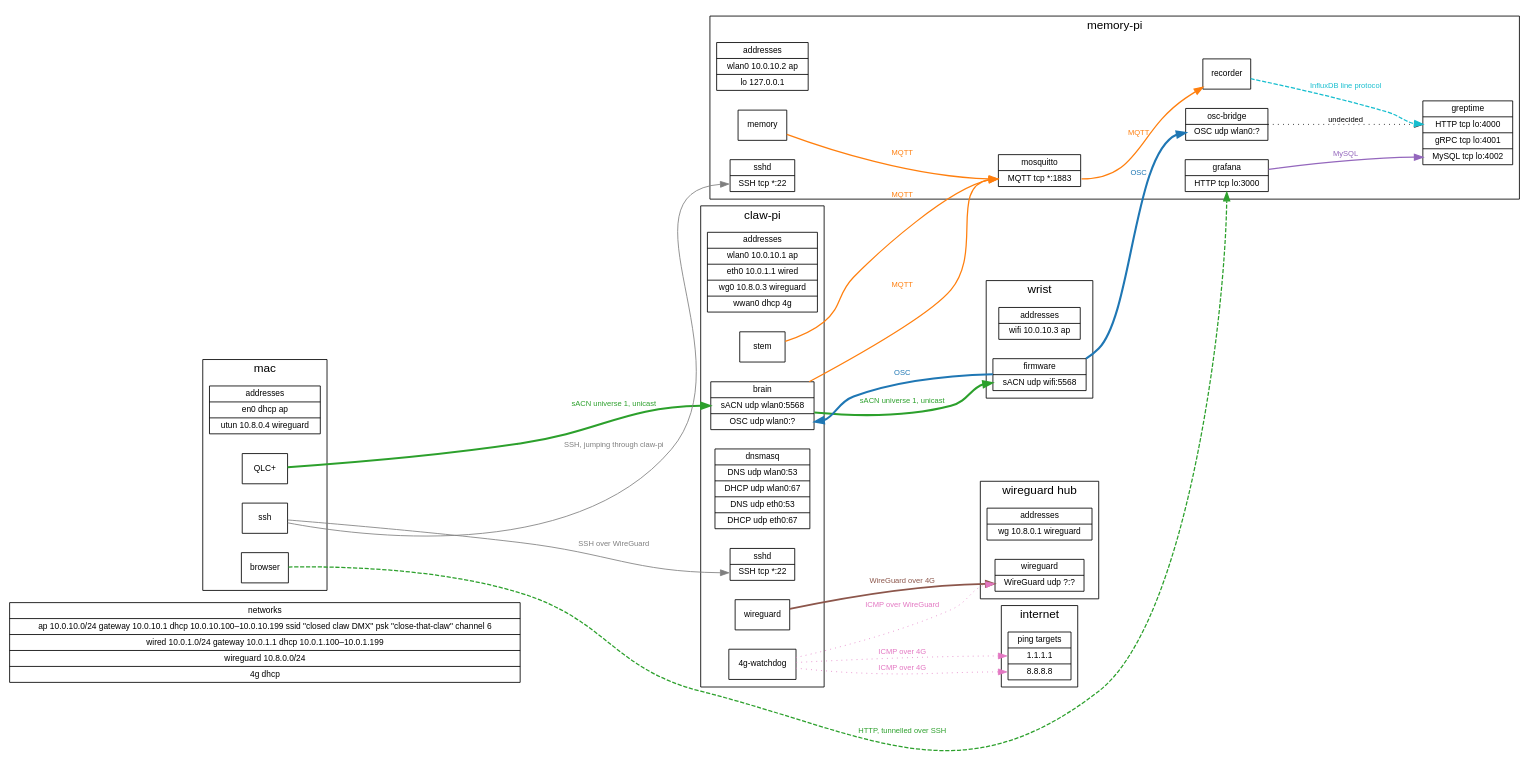
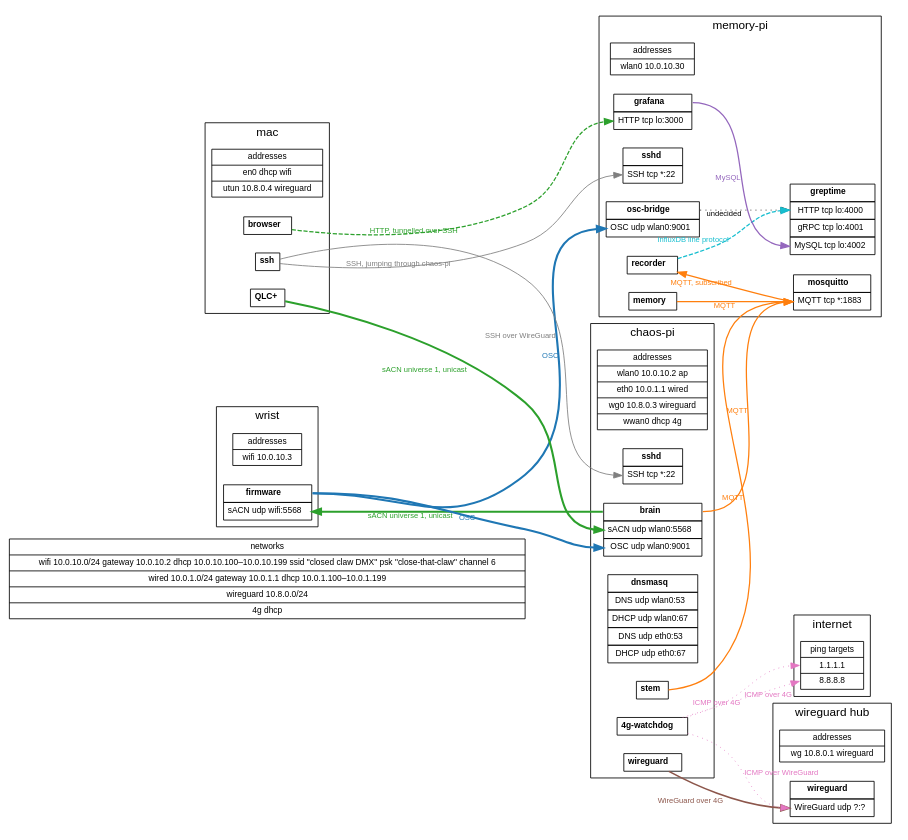
The diagram in clockwork.dot (kjkoster/tensegrity-open-claw), drawn with Graphviz before and after one commit. The commit also changed 3 other files, not shown here.

```diff
--- a/clockwork.dot
+++ b/clockwork.dot
@@ -13,69 +13,135 @@
 //                           the one place the WiFi is defined.
 //   subgraph cluster_<dev>  a device, labelled with its host name.
 //   <dev>_if                the device's addresses, one field each: interface, address,
-//                           network. "dhcp" for an address taken from a lease.
-//   any other node          a service on that device: its name, then one field per port it
-//                           listens on, `<id> protocol transport interface:port`, `*` for every
-//                           interface. A service that only sends has its name alone.
-//   an edge                 data flowing from the sender to the receiver's port, labelled with
-//                           what flows; sACN always names its universe. sACN is unicast only:
+//                           network. "dhcp" for an address taken from a lease. The network
+//                           may be left out where the address lies in its CIDR; a lease
+//                           always names it. The device that is a WiFi network's access
+//                           point adds `ap`; there is one.
+//   any other node          a service on that device: a table of one column, a cell per row.
+//                           The first cell is its name, in bold, at port `title`; then one cell
+//                           per port it listens on, at port `<id>`, holding
+//                           `protocol transport interface:port`. The interface names the address
+//                           it binds, the one `<dev>_if` gives that interface; `lo` binds
+//                           127.0.0.1, which `<dev>_if` does not list; `*` binds the wildcard,
+//                           0.0.0.0. A service that only sends has its name alone.
+//   an edge                 from the title of the service that connects to the port it connects
+//                           to, labelled with what flows. Data flows the same way, except where
+//                           a subscriber connects to fetch it: `dir=back` turns that arrow round
+//                           to show the flow. sACN always names its universe. sACN is unicast only:
 //                           one edge per sender and recipient, sent to the recipient's
 //                           address on the network they share. Edges sit in one
 //                           subgraph per protocol, named after it, which also sets its colour
 //                           and line style.
 
 digraph clockwork {
-    graph [rankdir=LR, fontname="Helvetica", nodesep=0.3, ranksep=1.2];
+    graph [rankdir=LR, forcelabels=true, fontname="Helvetica", nodesep=0.3, ranksep=1.2];
     node [shape=record, fontname="Helvetica", fontsize=10];
     edge [fontname="Helvetica", fontsize=9];
 
-    networks [label="networks|<ap> ap 10.0.10.0/24 gateway 10.0.10.1 dhcp 10.0.10.100–10.0.10.199 ssid \"closed claw DMX\" psk \"close-that-claw\" channel 6|<wired> wired 10.0.1.0/24 gateway 10.0.1.1 dhcp 10.0.1.100–10.0.1.199|<wireguard> wireguard 10.8.0.0/24|<4g> 4g dhcp"];
+    networks [label="networks|<wifi> wifi 10.0.10.0/24 gateway 10.0.10.2 dhcp 10.0.10.100–10.0.10.199 ssid \"closed claw DMX\" psk \"close-that-claw\" channel 6|<wired> wired 10.0.1.0/24 gateway 10.0.1.1 dhcp 10.0.1.100–10.0.1.199|<wireguard> wireguard 10.8.0.0/24|<4g> 4g dhcp"];
 
     // ── Devices ──────────────────────────────────────────────────────────────────────────────
 
-    subgraph cluster_claw_pi {
-        label="claw-pi";
+    subgraph cluster_chaos_pi {
+        label="chaos-pi";
 
-        claw_pi_if [label="addresses|wlan0 10.0.10.1 ap|eth0 10.0.1.1 wired|wg0 10.8.0.3 wireguard|wwan0 dhcp 4g"];
+        chaos_pi_if [label="addresses|wlan0 10.0.10.2 ap|eth0 10.0.1.1 wired|wg0 10.8.0.3 wireguard|wwan0 dhcp 4g"];
 
-        claw_pi_brain    [label="brain|<sacn> sACN udp wlan0:5568|<osc> OSC udp wlan0:?"];
-        claw_pi_stem     [label="stem"];
-        claw_pi_dnsmasq  [label="dnsmasq|<dns_ap> DNS udp wlan0:53|<dhcp_ap> DHCP udp wlan0:67|<dns_wired> DNS udp eth0:53|<dhcp_wired> DHCP udp eth0:67"];
-        claw_pi_sshd     [label="sshd|<ssh> SSH tcp *:22"];
-        claw_pi_wg       [label="wireguard"];
-        claw_pi_watchdog [label="4g-watchdog"];
+        node [shape=plain];
+
+        chaos_pi_brain [label=<<table border="0" cellborder="1" cellspacing="0" cellpadding="4">
+            <tr><td port="title"><b>brain</b></td></tr>
+            <tr><td port="sacn">sACN udp wlan0:5568</td></tr>
+            <tr><td port="osc">OSC udp wlan0:9001</td></tr>
+        </table>>];
+        chaos_pi_stem [label=<<table border="0" cellborder="1" cellspacing="0" cellpadding="4">
+            <tr><td port="title"><b>stem</b></td></tr>
+        </table>>];
+        chaos_pi_dnsmasq [label=<<table border="0" cellborder="1" cellspacing="0" cellpadding="4">
+            <tr><td port="title"><b>dnsmasq</b></td></tr>
+            <tr><td port="dns_ap">DNS udp wlan0:53</td></tr>
+            <tr><td port="dhcp_ap">DHCP udp wlan0:67</td></tr>
+            <tr><td port="dns_wired">DNS udp eth0:53</td></tr>
+            <tr><td port="dhcp_wired">DHCP udp eth0:67</td></tr>
+        </table>>];
+        chaos_pi_sshd [label=<<table border="0" cellborder="1" cellspacing="0" cellpadding="4">
+            <tr><td port="title"><b>sshd</b></td></tr>
+            <tr><td port="ssh">SSH tcp *:22</td></tr>
+        </table>>];
+        chaos_pi_wg [label=<<table border="0" cellborder="1" cellspacing="0" cellpadding="4">
+            <tr><td port="title"><b>wireguard</b></td></tr>
+        </table>>];
+        chaos_pi_watchdog [label=<<table border="0" cellborder="1" cellspacing="0" cellpadding="4">
+            <tr><td port="title"><b>4g-watchdog</b></td></tr>
+        </table>>];
     }
 
     subgraph cluster_memory_pi {
         label="memory-pi";
 
-        memory_pi_if [label="addresses|wlan0 10.0.10.2 ap|lo 127.0.0.1"];
+        memory_pi_if [label="addresses|wlan0 10.0.10.30"];
 
-        memory_pi_mosquitto  [label="mosquitto|<mqtt> MQTT tcp *:1883"];
-        memory_pi_osc_bridge [label="osc-bridge|<osc> OSC udp wlan0:?"];
-        memory_pi_recorder   [label="recorder"];
-        memory_pi_memory     [label="memory"];
-        memory_pi_greptime   [label="greptime|<http> HTTP tcp lo:4000|<grpc> gRPC tcp lo:4001|<mysql> MySQL tcp lo:4002"];
-        memory_pi_grafana    [label="grafana|<http> HTTP tcp lo:3000"];
-        memory_pi_sshd       [label="sshd|<ssh> SSH tcp *:22"];
+        node [shape=plain];
+
+        memory_pi_mosquitto [label=<<table border="0" cellborder="1" cellspacing="0" cellpadding="4">
+            <tr><td port="title"><b>mosquitto</b></td></tr>
+            <tr><td port="mqtt">MQTT tcp *:1883</td></tr>
+        </table>>];
+        memory_pi_osc_bridge [label=<<table border="0" cellborder="1" cellspacing="0" cellpadding="4">
+            <tr><td port="title"><b>osc-bridge</b></td></tr>
+            <tr><td port="osc">OSC udp wlan0:9001</td></tr>
+        </table>>];
+        memory_pi_recorder [label=<<table border="0" cellborder="1" cellspacing="0" cellpadding="4">
+            <tr><td port="title"><b>recorder</b></td></tr>
+        </table>>];
+        memory_pi_memory [label=<<table border="0" cellborder="1" cellspacing="0" cellpadding="4">
+            <tr><td port="title"><b>memory</b></td></tr>
+        </table>>];
+        memory_pi_greptime [label=<<table border="0" cellborder="1" cellspacing="0" cellpadding="4">
+            <tr><td port="title"><b>greptime</b></td></tr>
+            <tr><td port="http">HTTP tcp lo:4000</td></tr>
+            <tr><td port="grpc">gRPC tcp lo:4001</td></tr>
+            <tr><td port="mysql">MySQL tcp lo:4002</td></tr>
+        </table>>];
+        memory_pi_grafana [label=<<table border="0" cellborder="1" cellspacing="0" cellpadding="4">
+            <tr><td port="title"><b>grafana</b></td></tr>
+            <tr><td port="http">HTTP tcp lo:3000</td></tr>
+        </table>>];
+        memory_pi_sshd [label=<<table border="0" cellborder="1" cellspacing="0" cellpadding="4">
+            <tr><td port="title"><b>sshd</b></td></tr>
+            <tr><td port="ssh">SSH tcp *:22</td></tr>
+        </table>>];
     }
 
     subgraph cluster_wrist {
         label="wrist";
 
-        wrist_if [label="addresses|wifi 10.0.10.3 ap"];
+        wrist_if [label="addresses|wifi 10.0.10.3"];
 
-        wrist_firmware [label="firmware|<sacn> sACN udp wifi:5568"];
+        node [shape=plain];
+
+        wrist_firmware [label=<<table border="0" cellborder="1" cellspacing="0" cellpadding="4">
+            <tr><td port="title"><b>firmware</b></td></tr>
+            <tr><td port="sacn">sACN udp wifi:5568</td></tr>
+        </table>>];
     }
 
     subgraph cluster_mac {
         label="mac";
 
-        mac_if [label="addresses|en0 dhcp ap|utun 10.8.0.4 wireguard"];
+        mac_if [label="addresses|en0 dhcp wifi|utun 10.8.0.4 wireguard"];
 
-        mac_qlc     [label="QLC+"];
-        mac_ssh     [label="ssh"];
-        mac_browser [label="browser"];
+        node [shape=plain];
+
+        mac_qlc [label=<<table border="0" cellborder="1" cellspacing="0" cellpadding="4">
+            <tr><td port="title"><b>QLC+</b></td></tr>
+        </table>>];
+        mac_ssh [label=<<table border="0" cellborder="1" cellspacing="0" cellpadding="4">
+            <tr><td port="title"><b>ssh</b></td></tr>
+        </table>>];
+        mac_browser [label=<<table border="0" cellborder="1" cellspacing="0" cellpadding="4">
+            <tr><td port="title"><b>browser</b></td></tr>
+        </table>>];
     }
 
     subgraph cluster_wg_hub {
@@ -83,7 +149,12 @@
 
         wg_hub_if [label="addresses|wg 10.8.0.1 wireguard"];
 
-        wg_hub_wg [label="wireguard|<wg> WireGuard udp ?:?"];
+        node [shape=plain];
+
+        wg_hub_wg [label=<<table border="0" cellborder="1" cellspacing="0" cellpadding="4">
+            <tr><td port="title"><b>wireguard</b></td></tr>
+            <tr><td port="wg">WireGuard udp ?:?</td></tr>
+        </table>>];
     }
 
     subgraph cluster_internet {
@@ -96,59 +167,59 @@
 
     subgraph sacn {
         edge [color="#2ca02c", fontcolor="#2ca02c", penwidth=2.5];
-        mac_qlc       -> claw_pi_brain:sacn  [label="sACN universe 1, unicast"];
-        claw_pi_brain -> wrist_firmware:sacn [label="sACN universe 1, unicast"];
+        mac_qlc:title        -> chaos_pi_brain:sacn [xlabel="sACN universe 1, unicast"];
+        chaos_pi_brain:title -> wrist_firmware:sacn [xlabel="sACN universe 1, unicast"];
     }
 
     subgraph osc {
         edge [color="#1f77b4", fontcolor="#1f77b4", penwidth=2.5];
-        wrist_firmware -> claw_pi_brain:osc        [label="OSC"];
-        wrist_firmware -> memory_pi_osc_bridge:osc [label="OSC"];
+        wrist_firmware:title -> chaos_pi_brain:osc       [xlabel="OSC"];
+        wrist_firmware:title -> memory_pi_osc_bridge:osc [xlabel="OSC"];
     }
 
     subgraph mqtt {
         edge [color="#ff7f0e", fontcolor="#ff7f0e", penwidth=1.5];
-        claw_pi_brain            -> memory_pi_mosquitto:mqtt [label="MQTT"];
-        claw_pi_stem             -> memory_pi_mosquitto:mqtt [label="MQTT"];
-        memory_pi_memory         -> memory_pi_mosquitto:mqtt [label="MQTT"];
-        memory_pi_mosquitto:mqtt -> memory_pi_recorder       [label="MQTT"];
+        chaos_pi_brain:title     -> memory_pi_mosquitto:mqtt [xlabel="MQTT"];
+        chaos_pi_stem:title      -> memory_pi_mosquitto:mqtt [xlabel="MQTT"];
+        memory_pi_memory:title   -> memory_pi_mosquitto:mqtt [xlabel="MQTT"];
+        memory_pi_recorder:title -> memory_pi_mosquitto:mqtt [xlabel="MQTT, subscribed", dir=back];
     }
 
     subgraph influx {
         edge [color="#17becf", fontcolor="#17becf", penwidth=1.5, style=dashed];
-        memory_pi_recorder -> memory_pi_greptime:http [label="InfluxDB line protocol"];
+        memory_pi_recorder:title -> memory_pi_greptime:http [xlabel="InfluxDB line protocol"];
     }
 
     subgraph mysql {
         edge [color="#9467bd", fontcolor="#9467bd", penwidth=1.5];
-        memory_pi_grafana -> memory_pi_greptime:mysql [label="MySQL"];
+        memory_pi_grafana:title -> memory_pi_greptime:mysql [xlabel="MySQL"];
     }
 
     subgraph http {
         edge [color="#2ca02c", fontcolor="#2ca02c", penwidth=1.5, style=dashed];
-        mac_browser -> memory_pi_grafana:http [label="HTTP, tunnelled over SSH"];
+        mac_browser:title -> memory_pi_grafana:http [xlabel="HTTP, tunnelled over SSH"];
     }
 
     subgraph ssh {
         edge [color="#7f7f7f", fontcolor="#7f7f7f", penwidth=1];
-        mac_ssh -> claw_pi_sshd:ssh   [label="SSH over WireGuard"];
-        mac_ssh -> memory_pi_sshd:ssh [label="SSH, jumping through claw-pi"];
+        mac_ssh:title -> chaos_pi_sshd:ssh  [xlabel="SSH over WireGuard"];
+        mac_ssh:title -> memory_pi_sshd:ssh [xlabel="SSH, jumping through chaos-pi"];
     }
 
     subgraph wireguard {
         edge [color="#8c564b", fontcolor="#8c564b", penwidth=2, style=bold];
-        claw_pi_wg -> wg_hub_wg:wg [label="WireGuard over 4G"];
+        chaos_pi_wg:title -> wg_hub_wg:wg [xlabel="WireGuard over 4G"];
     }
 
     subgraph icmp {
         edge [color="#e377c2", fontcolor="#e377c2", penwidth=1, style=dotted];
-        claw_pi_watchdog -> internet_ping:cloudflare [label="ICMP over 4G"];
-        claw_pi_watchdog -> internet_ping:google     [label="ICMP over 4G"];
-        claw_pi_watchdog -> wg_hub_wg:wg             [label="ICMP over WireGuard"];
+        chaos_pi_watchdog:title -> internet_ping:cloudflare [xlabel="ICMP over 4G"];
+        chaos_pi_watchdog:title -> internet_ping:google     [xlabel="ICMP over 4G"];
+        chaos_pi_watchdog:title -> wg_hub_wg:wg             [xlabel="ICMP over WireGuard"];
     }
 
     subgraph undecided {
         edge [color="#000000", fontcolor="#000000", penwidth=1, style=dotted, arrowhead=empty];
-        memory_pi_osc_bridge -> memory_pi_greptime:http [label="undecided"];
+        memory_pi_osc_bridge:title -> memory_pi_greptime:http [xlabel="undecided"];
     }
 }
```
